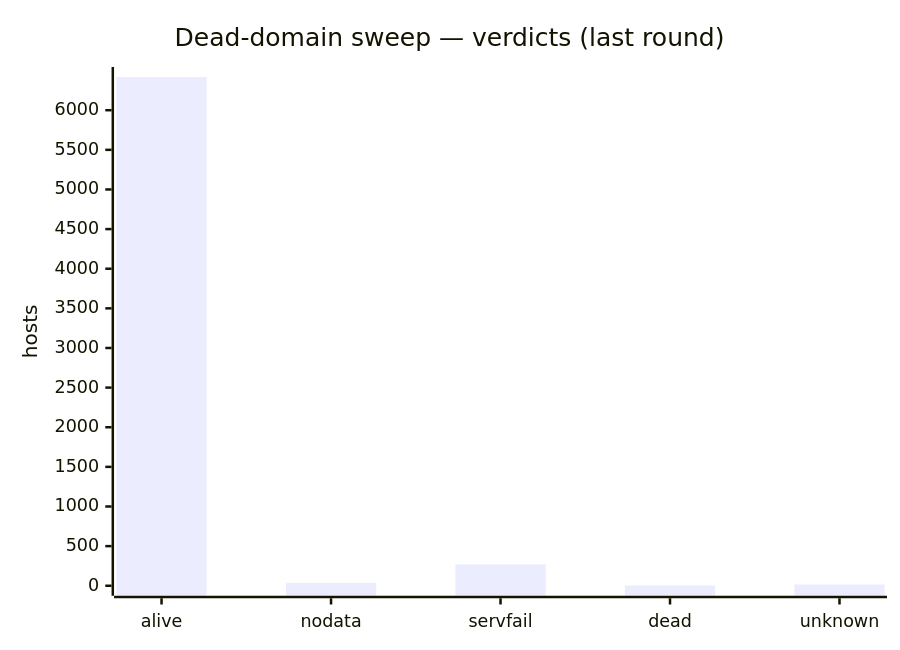
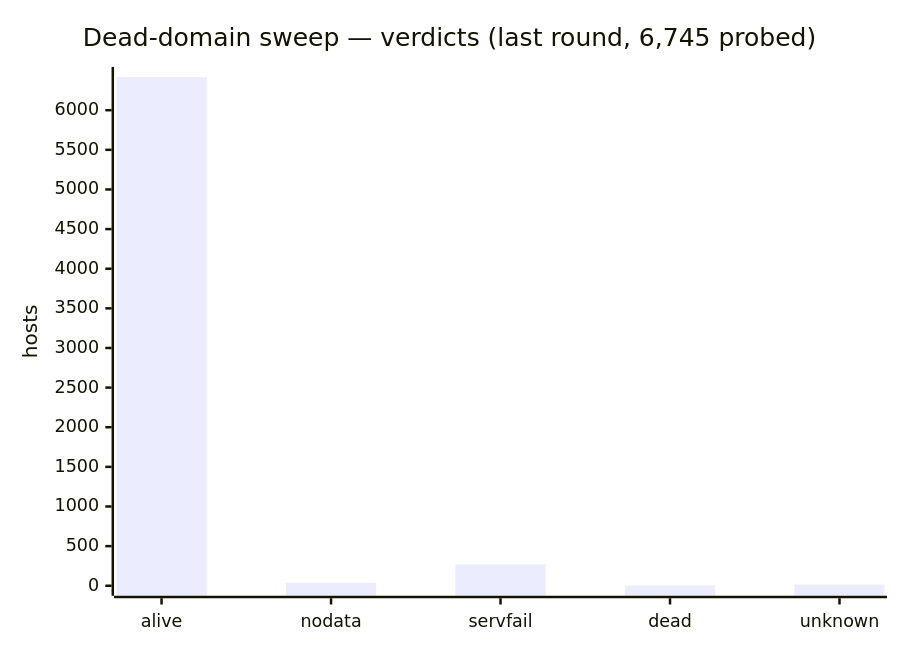
The fourth of 4 diagrams in README.md (mahirfatih/net-traffic-control-catalog), drawn with Mermaid before and after one commit. The commit also changed other lines of this file and 44 other files, not shown here.

````diff
--- a/README.md
+++ b/README.md
@@ -168,7 +200,7 @@
 ```mermaid
 xychart-beta
-    title "Dead-domain sweep — verdicts (last round)"
+    title "Dead-domain sweep — verdicts (last round, 6,745 probed)"
     x-axis [alive, nodata, servfail, dead, unknown]
     y-axis "hosts" 0 --> 6419
     bar [6419, 37, 269, 4, 16]
 ```
````
